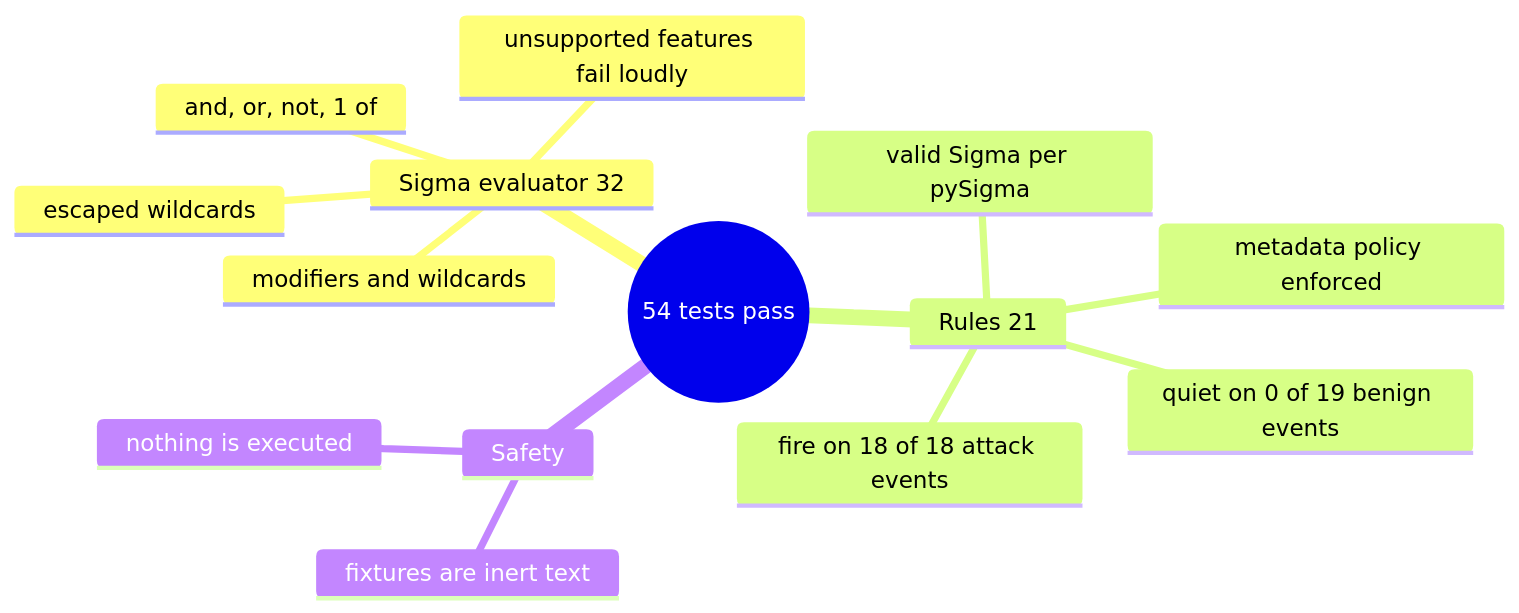
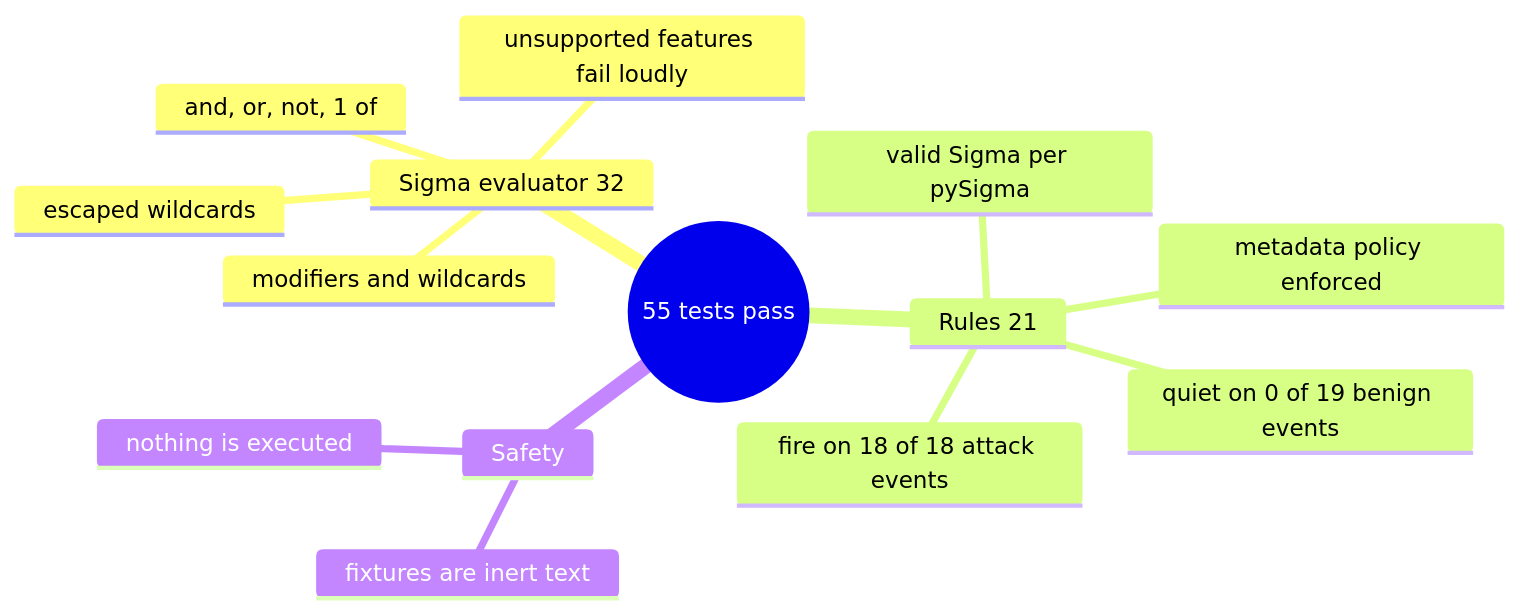
Before and after one commit to EquinoxWN/detection-as-code: the second of 2 diagrams in README.md, drawn with Mermaid. The commit also changed other lines of this file and 6 other files, not shown here.

````diff
--- a/README.md
+++ b/README.md
@@ -98,17 +98,17 @@
 ```mermaid
 mindmap
-  root((54 tests pass))
+  root((55 tests pass))
     Sigma evaluator 32
       modifiers and wildcards
       and, or, not, 1 of
       escaped wildcards
       unsupported features fail loudly
     Rules 21
       fire on 18 of 18 attack events
       quiet on 0 of 19 benign events
       valid Sigma per pySigma
       metadata policy enforced
     Safety
       fixtures are inert text
       nothing is executed
 ```
````
